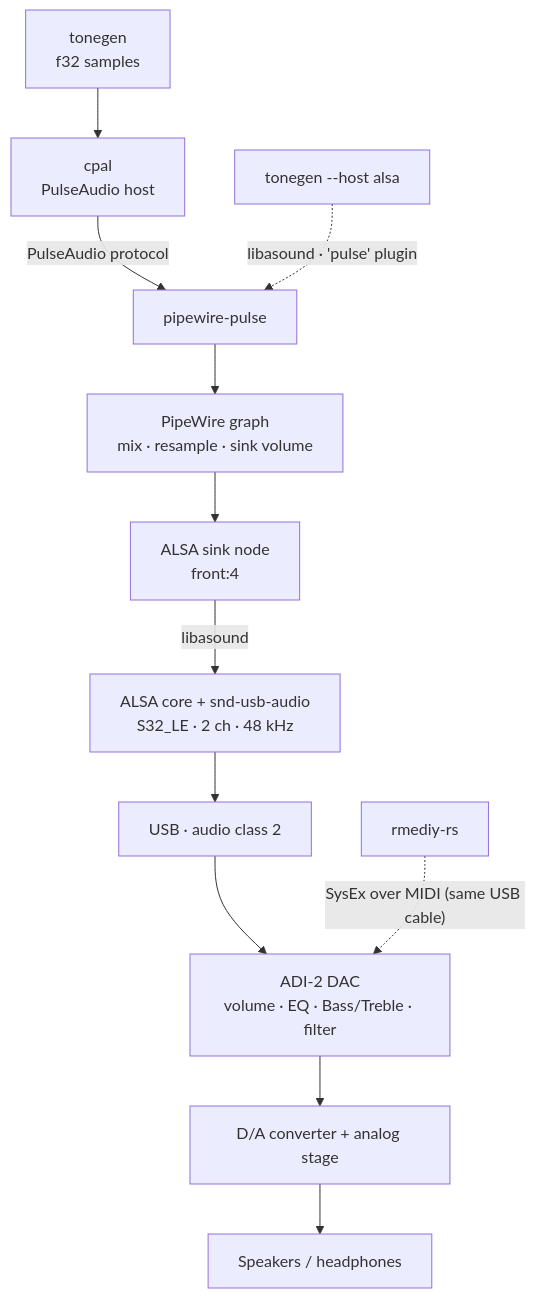
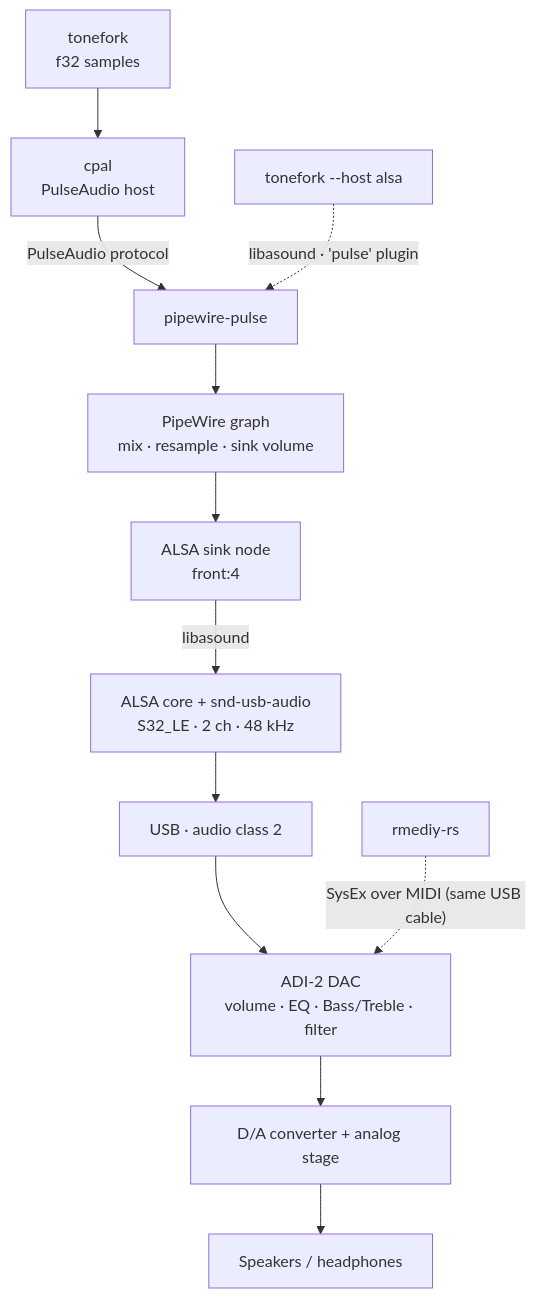
Before and after one commit to asyd/tonefork: the diagram in docs/audio-path.md, drawn with Mermaid. The commit also changed other lines of this file and 7 other files, not shown here.

````diff
--- a/docs/audio-path.md
+++ b/docs/audio-path.md
@@ -10,15 +10,15 @@
 ```mermaid
 flowchart TD
-    T[tonegen<br/>f32 samples] --> C[cpal<br/>PulseAudio host]
+    T[tonefork<br/>f32 samples] --> C[cpal<br/>PulseAudio host]
     C -->|PulseAudio protocol| P[pipewire-pulse]
     P --> G[PipeWire graph<br/>mix · resample · sink volume]
     G --> S[ALSA sink node<br/>front:4]
     S -->|libasound| K[ALSA core + snd-usb-audio<br/>S32_LE · 2 ch · 48 kHz]
     K --> U[USB · audio class 2]
     U --> D[ADI-2 DAC<br/>volume · EQ · Bass/Treble · filter]
     D --> A[D/A converter + analog stage]
     A --> O[Speakers / headphones]
 
     R[rmediy-rs] -. "SysEx over MIDI (same USB cable)" .-> D
-    T2[tonegen --host alsa] -. "libasound · 'pulse' plugin" .-> P
+    T2[tonefork --host alsa] -. "libasound · 'pulse' plugin" .-> P
 ```
````
